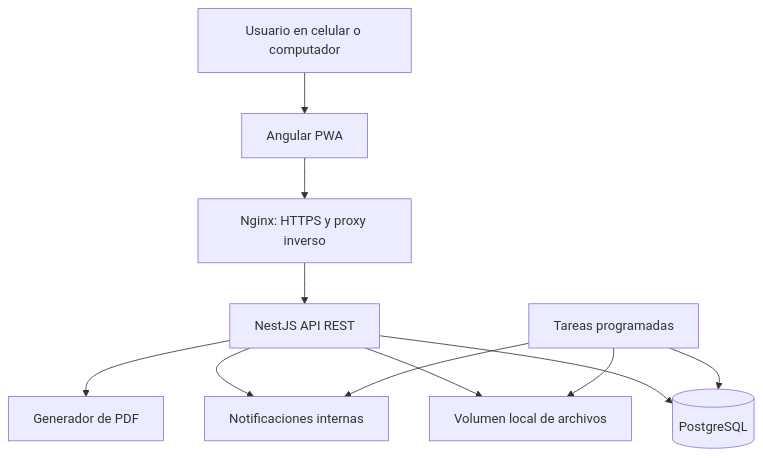
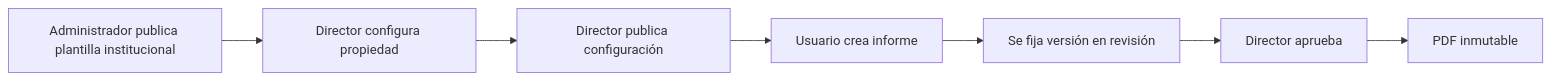
One commit to davidhd709/sigproh changed the third of 4 diagrams in docs/Documento_Arquitectura_Sistema_Gestion_Operativa_PH_v1.4.md. Above: the diagram before and after it, drawn with Mermaid. The commit also changed other lines of this file and 110 other files, not shown here.

````diff
--- a/docs/Documento_Arquitectura_Sistema_Gestion_Operativa_PH_v1.4.md
+++ b/docs/Documento_Arquitectura_Sistema_Gestion_Operativa_PH_v1.4.md
@@ -493,13 +530,9 @@
 ```mermaid
-flowchart TD
-    U[Usuario en celular o computador] --> A[Angular PWA]
-    A --> B[Nginx: HTTPS y proxy inverso]
-    B --> C[NestJS API REST]
-    C --> D[(PostgreSQL)]
-    C --> E[Volumen local de archivos]
-    C --> F[Generador de PDF]
-    C --> G[Notificaciones internas]
-    S[Tareas programadas] --> D
-    S --> E
-    S --> G
+flowchart LR
+  A[Administrador publica plantilla institucional] --> B[Director configura propiedad]
+  B --> C[Director publica configuración]
+  C --> D[Usuario crea informe]
+  D --> E[Se fija versión en revisión]
+  E --> F[Director aprueba]
+  F --> G[PDF inmutable]
 ```
````
